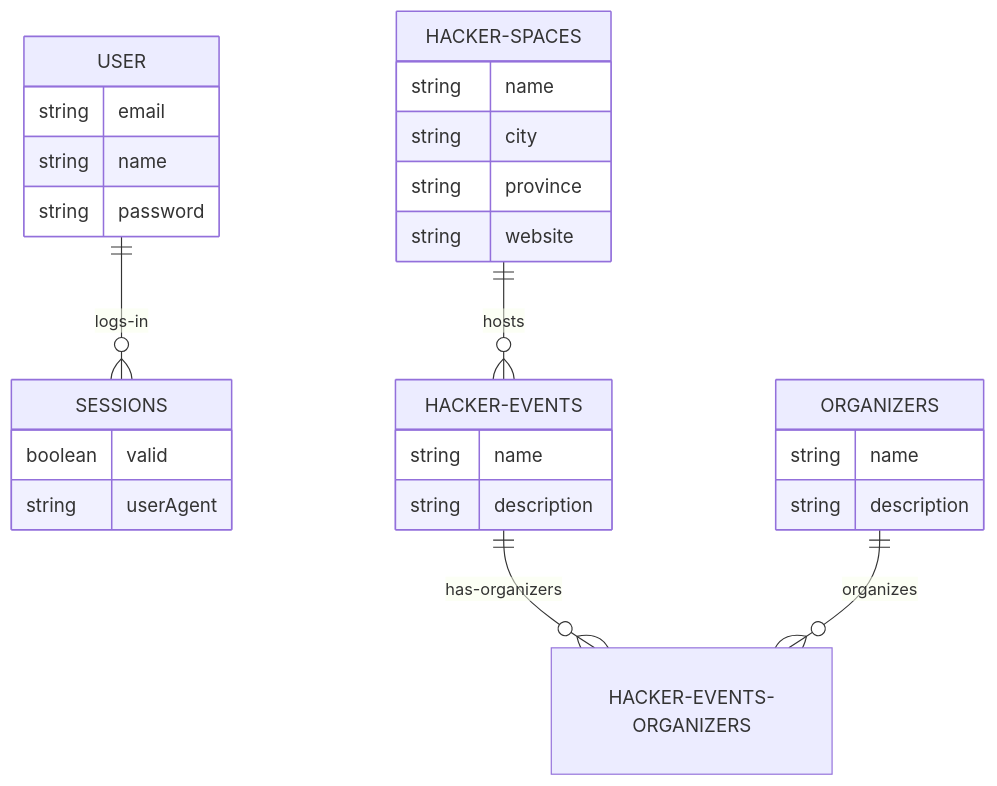
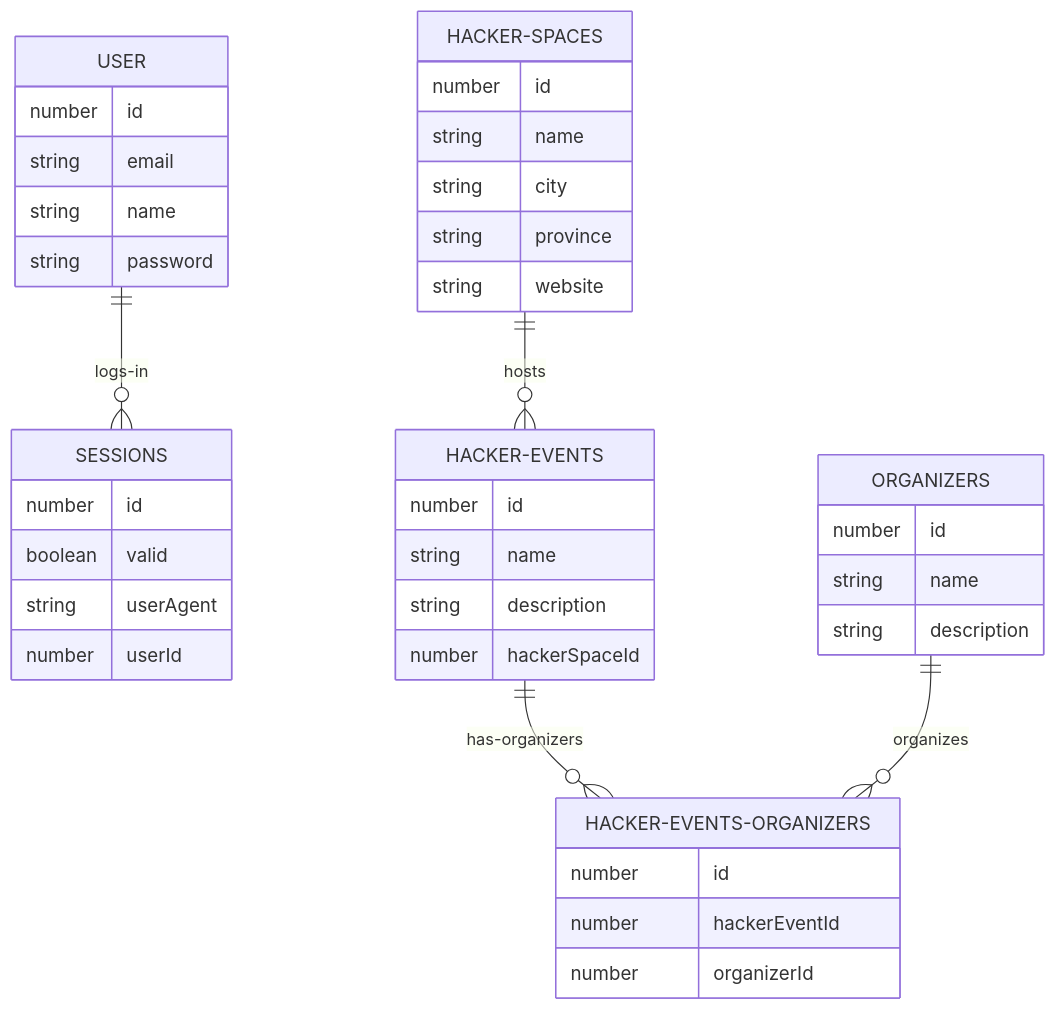
One commit to hackhub-nl/hackhub-api-poc changed the diagram in README.md. Above: the diagram before and after it, drawn with Mermaid.

Commit message:
docs: added keys to ER diagram

````diff
--- a/README.md
+++ b/README.md
@@ -24,32 +24,43 @@
 ```mermaid
 erDiagram
     USER ||--o{ SESSIONS : logs-in
     USER {
+        number id
         string email
         string name
         string password
     }
     SESSIONS
     SESSIONS {
+        number id
         boolean valid
         string userAgent
+        number userId
     }
-    HACKER-EVENTS-ORGANIZERS {}
+    HACKER-EVENTS-ORGANIZERS {
+        number id
+        number hackerEventId
+        number organizerId
+    }
     HACKER-EVENTS ||--o{ HACKER-EVENTS-ORGANIZERS : has-organizers 
     HACKER-EVENTS {
+        number id
         string name
         string description
+        number hackerSpaceId
     }
     HACKER-SPACES ||--o{ HACKER-EVENTS : hosts 
     HACKER-SPACES {
+        number id
         string name
         string city
         string province
         string website
     }
     ORGANIZERS ||--o{ HACKER-EVENTS-ORGANIZERS : organizes
     ORGANIZERS {
+        number id
         string name
         string description
     }
 ```
````
